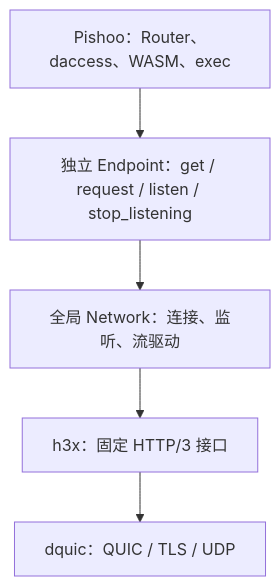
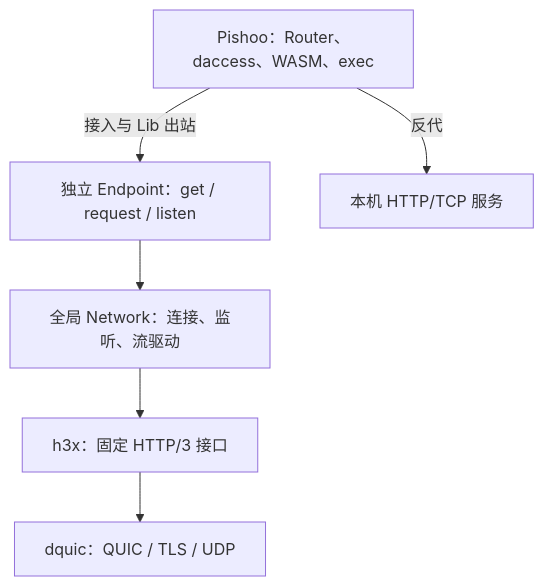
The diagram in design/h3x-dhttp-pishoo-architecture.md (genmeta/pishoo), drawn with Mermaid before and after one commit. The commit also changed other lines of this file and 35 other files, not shown here.

````diff
--- a/design/h3x-dhttp-pishoo-architecture.md
+++ b/design/h3x-dhttp-pishoo-architecture.md
@@ -13,12 +13,14 @@
 ```mermaid
 flowchart TB
     P["Pishoo：Router、daccess、WASM、exec"]
-    E["独立 Endpoint：get / request / listen / stop_listening"]
+    E["独立 Endpoint：get / request / listen"]
     N["全局 Network：连接、监听、流驱动"]
     H["h3x：固定 HTTP/3 接口"]
     Q["dquic：QUIC / TLS / UDP"]
-    P --> E
+    L["本机 HTTP/TCP 服务"]
+    P -->|接入与 Lib 出站| E
+    P -->|反代| L
     E --> N
     N --> H
     H --> Q
 ```
````
